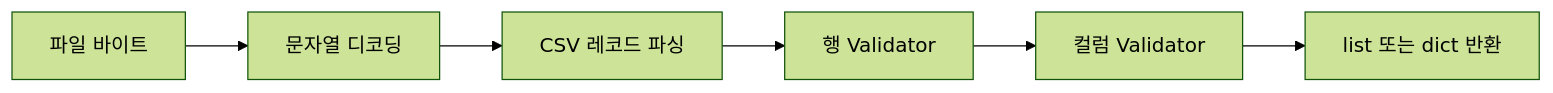
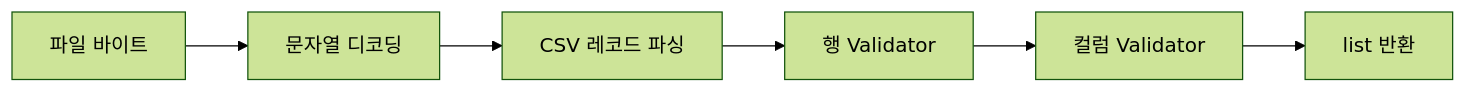
The first of 3 diagrams in docs/README.md (yong5eon/csvd2c), drawn with Mermaid (forest theme) before and after one commit. The commit also changed other lines of this file and 45 other files, not shown here.

````diff
--- a/docs/README.md
+++ b/docs/README.md
@@ -11,8 +11,8 @@
 ```mermaid
 flowchart LR
   A["파일 바이트"] --> B["문자열 디코딩"]
   B --> C["CSV 레코드 파싱"]
   C --> D["행 Validator"]
   D --> E["컬럼 Validator"]
-  E --> F["list 또는 dict 반환"]
+  E --> F["list 반환"]
 ```
````
